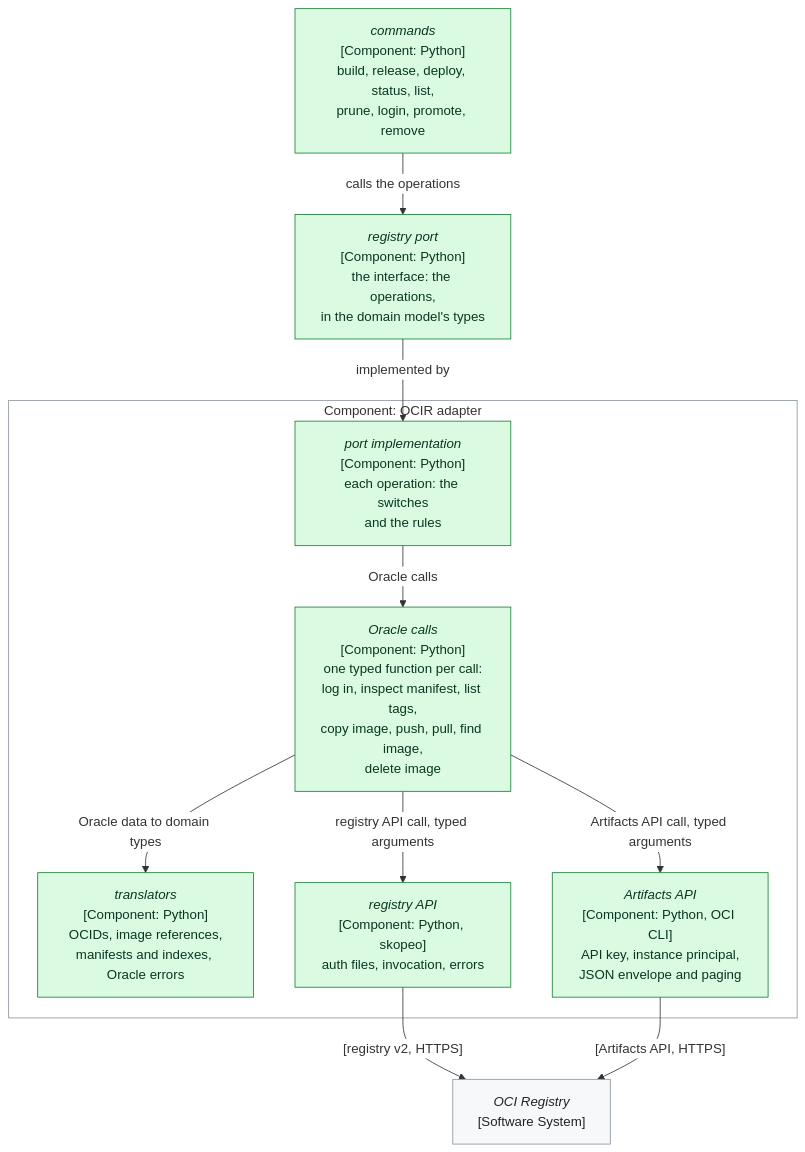
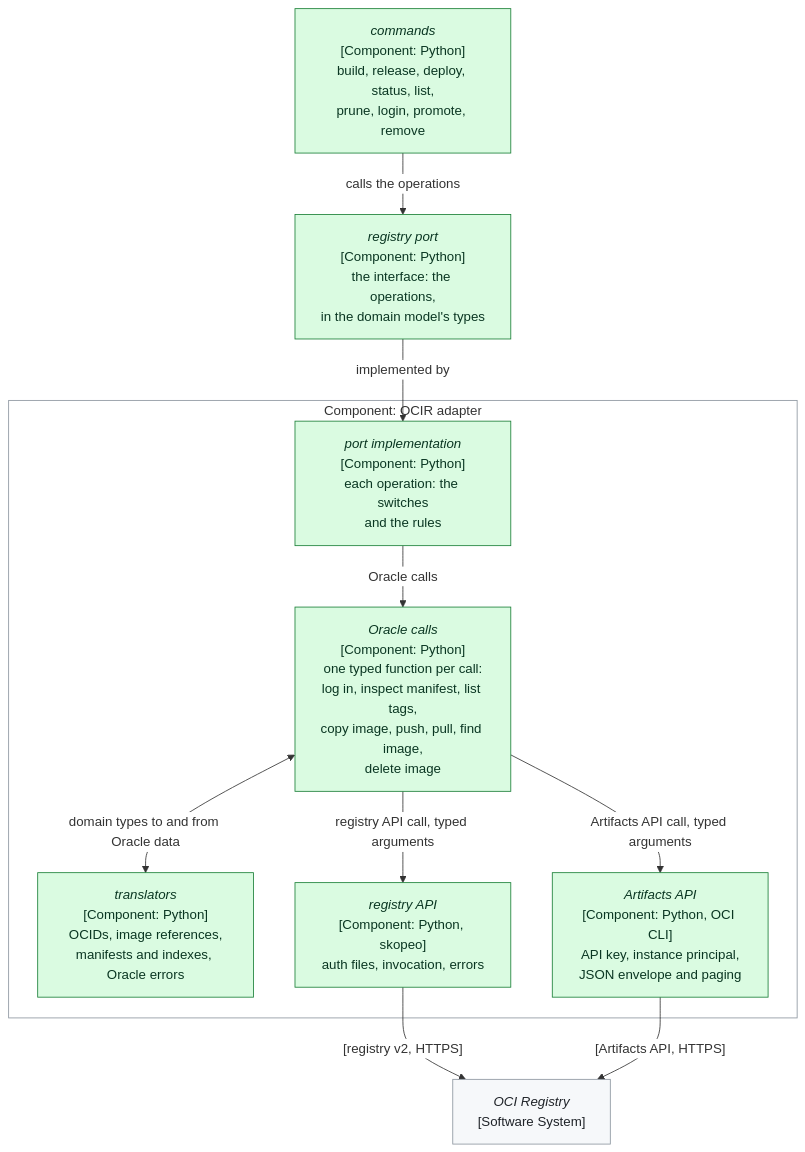
Before and after one commit to delphside/programme: the sixth of 10 diagrams in records/2.5-changes/programme-tooling/117-generic-deliver-tool/design.md, drawn with Mermaid.

Commit message:
Change 117: the translators work both ways, as the diagram now says
Owner's read-through, 2026-11-14.

Refs #117

Claude-Session: https://claude.ai/code/session_014C8pM72TmZwJEuKhePejaa

````diff
--- a/records/2.5-changes/programme-tooling/117-generic-deliver-tool/design.md
+++ b/records/2.5-changes/programme-tooling/117-generic-deliver-tool/design.md
@@ -657,27 +657,27 @@
 ```mermaid
 %%{init: {"themeVariables": {"clusterBkg": "#ffffff", "clusterBorder": "#8c959f", "edgeLabelBackground": "#ffffff"}}}%%
 flowchart TB
   CMD["<i>commands</i><br>[Component: Python]<br>build, release, deploy, status, list,<br>prune, login, promote, remove"]
   PORT["<i>registry port</i><br>[Component: Python]<br>the interface: the operations,<br>in the domain model's types"]
   subgraph OCIRA["Component: OCIR adapter"]
     TOP["<i>port implementation</i><br>[Component: Python]<br>each operation: the switches<br>and the rules"]
     MID["<i>Oracle calls</i><br>[Component: Python]<br>one typed function per call:<br>log in, inspect manifest, list tags,<br>copy image, push, pull, find image,<br>delete image"]
     TRN["<i>translators</i><br>[Component: Python]<br>OCIDs, image references,<br>manifests and indexes, Oracle errors"]
     RAPI["<i>registry API</i><br>[Component: Python, skopeo]<br>auth files, invocation, errors"]
     AAPI["<i>Artifacts API</i><br>[Component: Python, OCI CLI]<br>API key, instance principal,<br>JSON envelope and paging"]
   end
   REG["<i>OCI Registry</i><br>[Software System]"]
   CMD -->|"calls the operations"| PORT
   PORT -->|"implemented by"| TOP
   TOP -->|"Oracle calls"| MID
-  MID -->|"Oracle data to domain types"| TRN
+  MID <-->|"domain types to and from Oracle data"| TRN
   MID -->|"registry API call, typed arguments"| RAPI
   MID -->|"Artifacts API call, typed arguments"| AAPI
   RAPI -->|"[registry v2, HTTPS]"| REG
   AAPI -->|"[Artifacts API, HTTPS]"| REG
   classDef unchanged    fill:#f6f8fa,stroke:#8c959f,color:#1f2328
   classDef new          fill:#dafbe1,stroke:#1a7f37,color:#0a3622
   classDef changed      fill:#fff8c5,stroke:#9a6700,color:#4d2d00
   class CMD,PORT,TOP,MID,TRN,RAPI,AAPI new
   class REG unchanged
 ```
````
